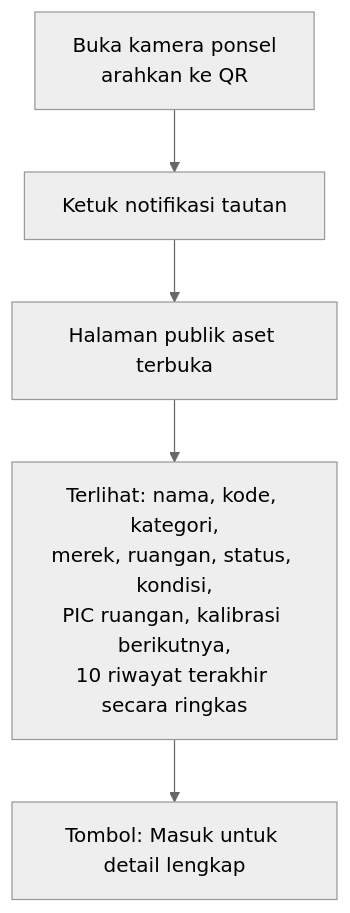
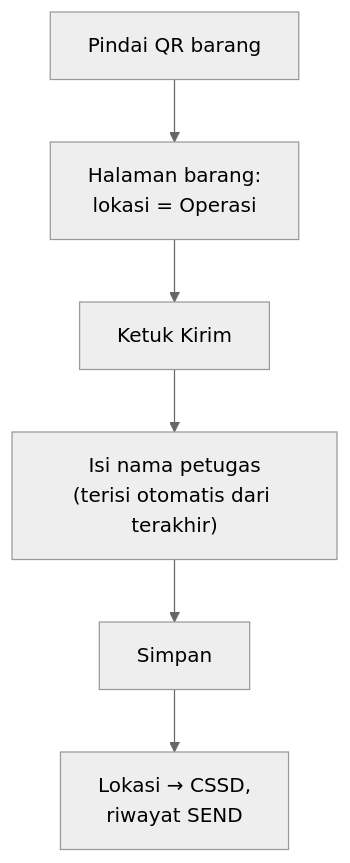
Before and after one commit to mferdinandr/inventory-management: the second of 4 diagrams in docs/05-user-flows.md, drawn with Mermaid (neutral theme). The commit also changed other lines of this file and 229 other files, not shown here.

````diff
--- a/docs/05-user-flows.md
+++ b/docs/05-user-flows.md
@@ -105,7 +55,8 @@
 ```mermaid
 flowchart TD
-    A["Buka kamera ponsel<br/>arahkan ke QR"] --> B["Ketuk notifikasi tautan"]
-    B --> C["Halaman publik aset terbuka"]
-    C --> D["Terlihat: nama, kode, kategori,<br/>merek, ruangan, status, kondisi,<br/>PIC ruangan, kalibrasi berikutnya,<br/>10 riwayat terakhir secara ringkas"]
-    D --> E["Tombol: Masuk untuk detail lengkap"]
+    A["Pindai QR barang"] --> B["Halaman barang:<br/>lokasi = Operasi"]
+    B --> C["Ketuk Kirim"]
+    C --> D["Isi nama petugas<br/>(terisi otomatis dari terakhir)"]
+    D --> E["Simpan"]
+    E --> F["Lokasi → CSSD,<br/>riwayat SEND"]
 ```
````
